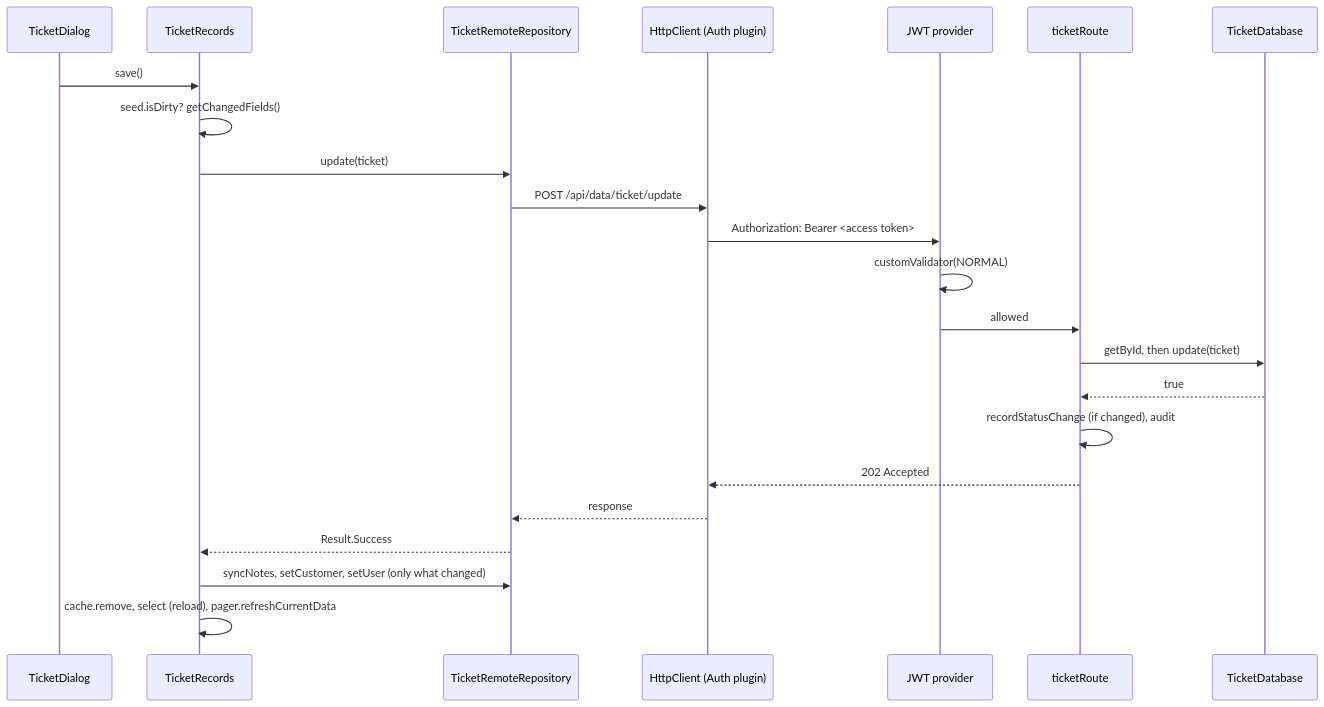
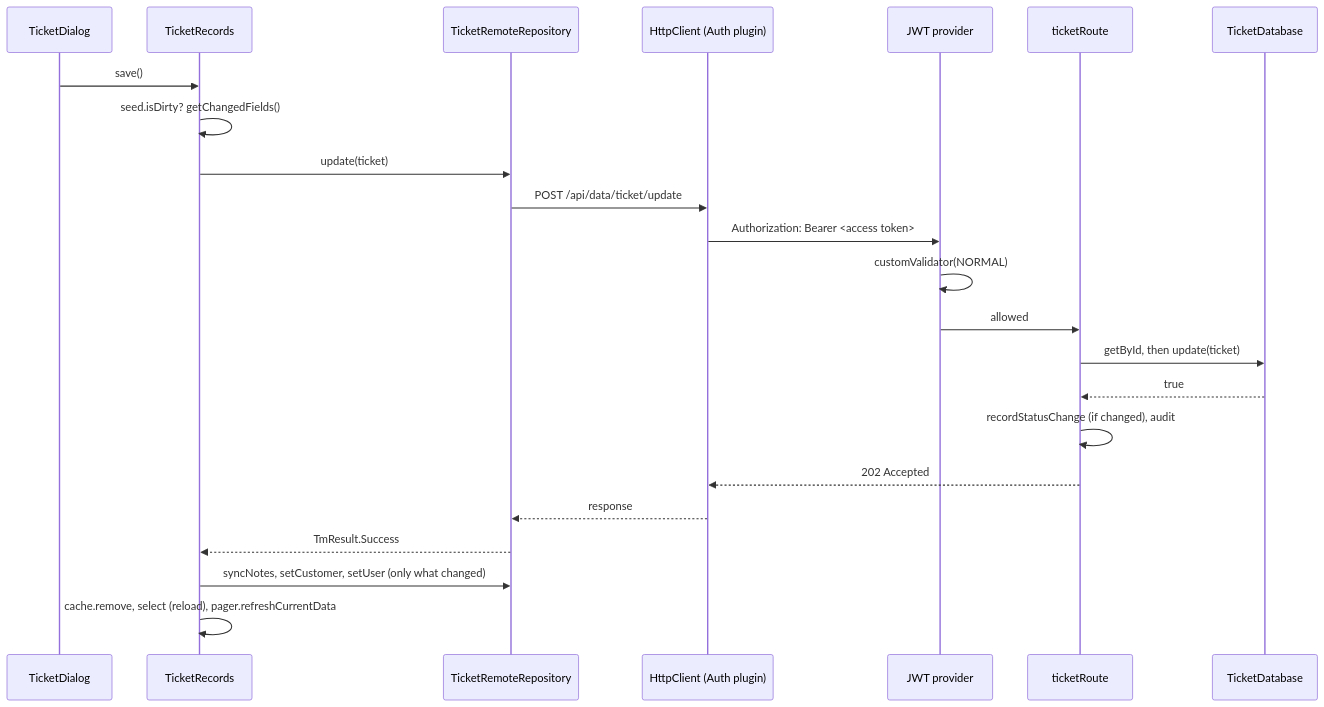
Before and after one commit to Mr0btain/TicketMan: the diagram in docs/architecture/request-lifecycle.md, drawn with Mermaid. The commit also changed other lines of this file and 112 other files, not shown here.

````diff
--- a/docs/architecture/request-lifecycle.md
+++ b/docs/architecture/request-lifecycle.md
@@ -11,26 +11,26 @@
 ```mermaid
 sequenceDiagram
     participant UI as TicketDialog
     participant TR as TicketRecords
     participant Repo as TicketRemoteRepository
     participant HC as HttpClient (Auth plugin)
     participant Sec as JWT provider
     participant Route as ticketRoute
     participant DB as TicketDatabase
 
     UI->>TR: save()
     TR->>TR: seed.isDirty? getChangedFields()
     TR->>Repo: update(ticket)
     Repo->>HC: POST /api/data/ticket/update
     HC->>Sec: Authorization: Bearer <access token>
     Sec->>Sec: customValidator(NORMAL)
     Sec->>Route: allowed
     Route->>DB: getById, then update(ticket)
     DB-->>Route: true
     Route->>Route: recordStatusChange (if changed), audit
     Route-->>HC: 202 Accepted
     HC-->>Repo: response
-    Repo-->>TR: Result.Success
+    Repo-->>TR: TmResult.Success
     TR->>Repo: syncNotes, setCustomer, setUser (only what changed)
     TR->>TR: cache.remove, select (reload), pager.refreshCurrentData
 ```
````
